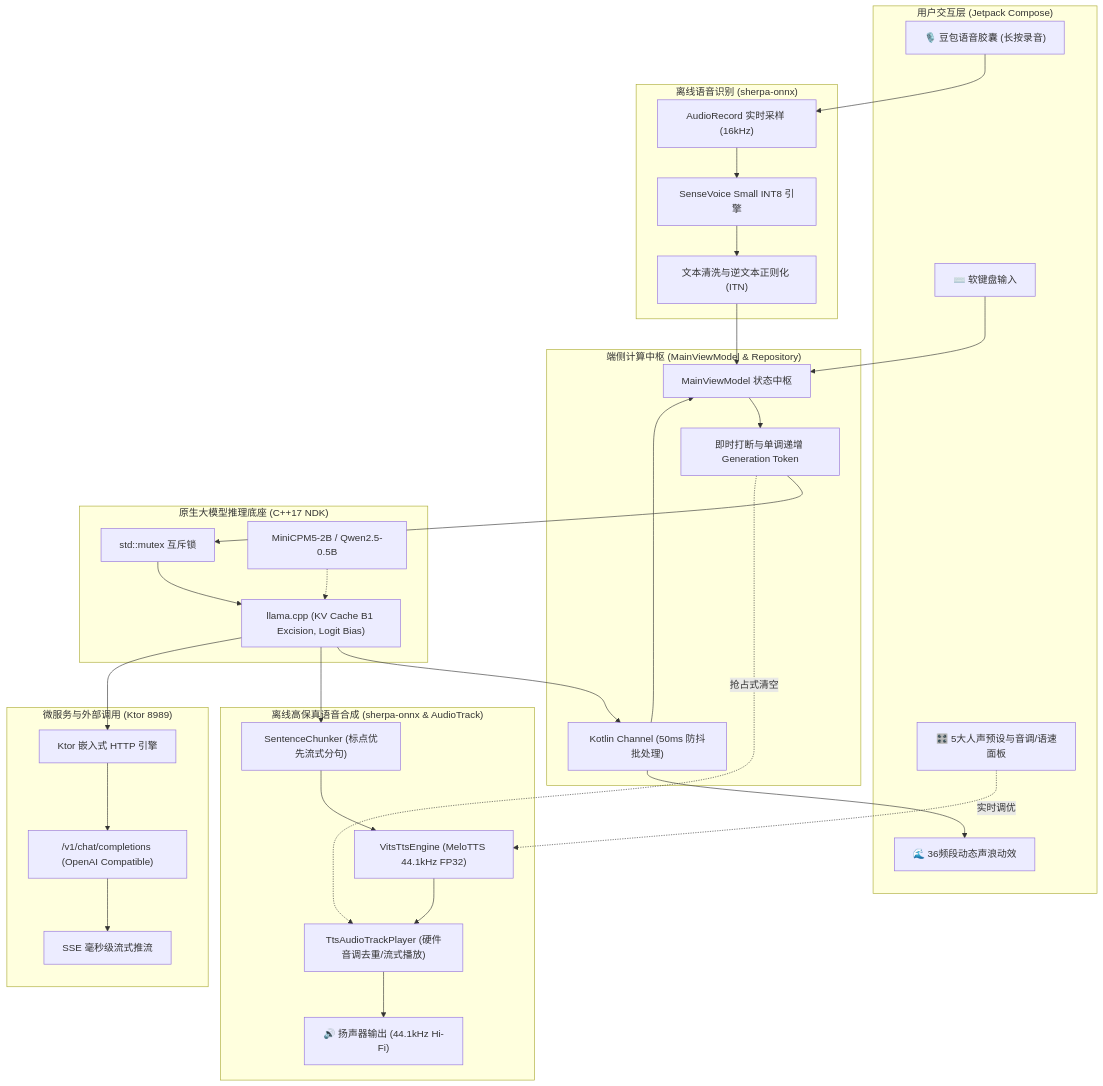
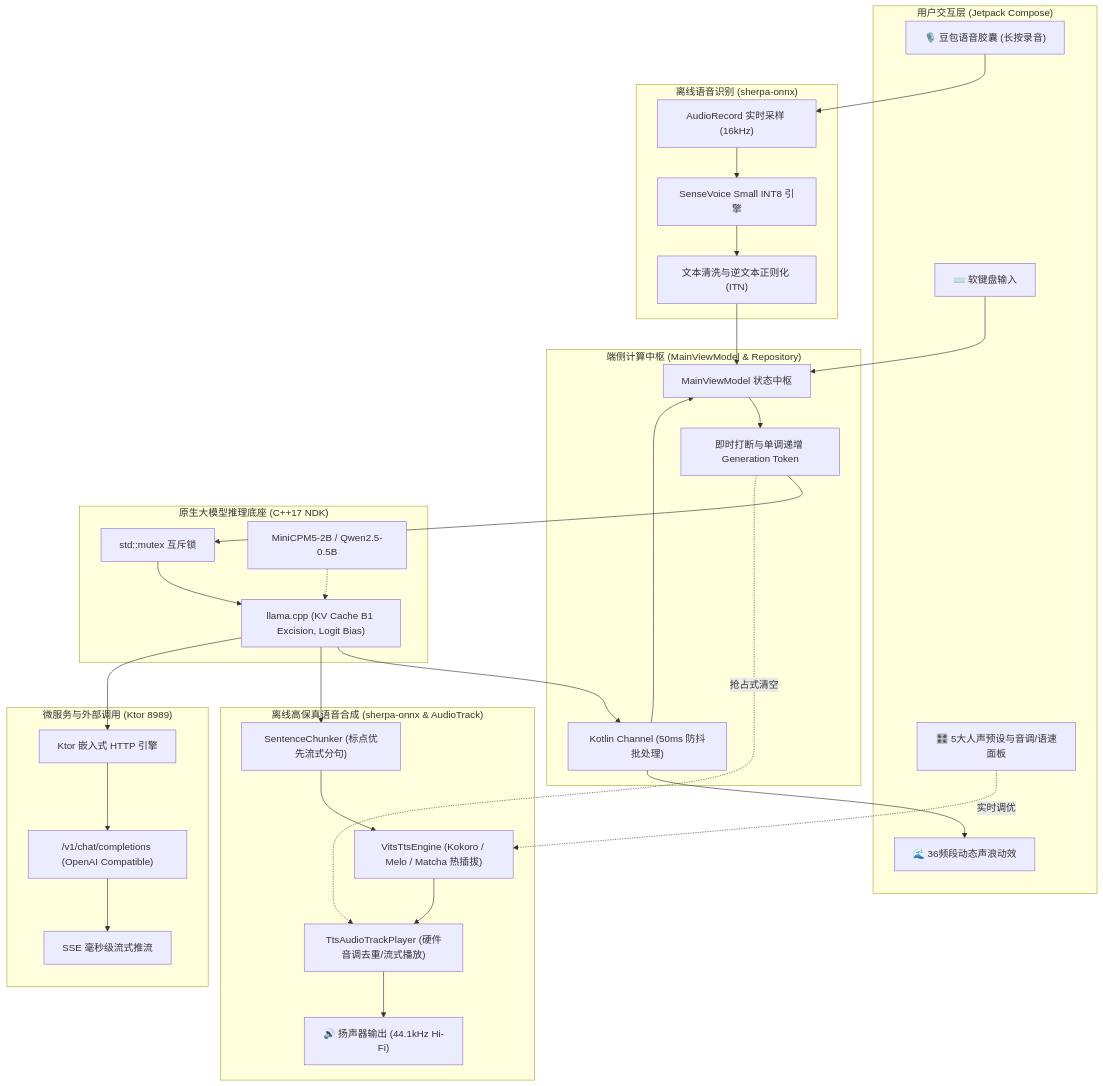
Before and after one commit to wuxinxi/sense-assistant: the diagram in README.md, drawn with Mermaid. The commit also changed other lines of this file and 8 other files, not shown here.

````diff
--- a/README.md
+++ b/README.md
@@ -70,50 +71,50 @@
 ```mermaid
 flowchart TD
     subgraph Input["用户交互层 (Jetpack Compose)"]
         UI_Voice["🎙️ 豆包语音胶囊 (长按录音)"]
         UI_Text["⌨️ 软键盘输入"]
         UI_Wave["🌊 36频段动态声浪动效"]
         UI_Tuning["🎛️ 5大人声预设与音调/语速面板"]
     end
 
     subgraph ASR["离线语音识别 (sherpa-onnx)"]
         ASR_Record["AudioRecord 实时采样 (16kHz)"]
         ASR_Engine["SenseVoice Small INT8 引擎"]
         ASR_Result["文本清洗与逆文本正则化 (ITN)"]
     end
 
     subgraph Core["端侧计算中枢 (MainViewModel & Repository)"]
         VM["MainViewModel 状态中枢"]
         Interrupt["即时打断与单调递增 Generation Token"]
         Channel["Kotlin Channel<String> (50ms 防抖批处理)"]
     end
 
     subgraph Native["原生大模型推理底座 (C++17 NDK)"]
         Mutex["std::mutex 互斥锁"]
         Llama["llama.cpp (KV Cache B1 Excision, Logit Bias)"]
         Qwen["MiniCPM5-2B / Qwen2.5-0.5B"]
     end
 
     subgraph TTS["离线高保真语音合成 (sherpa-onnx & AudioTrack)"]
         Chunker["SentenceChunker (标点优先流式分句)"]
-        VitsEngine["VitsTtsEngine (MeloTTS 44.1kHz FP32)"]
+        VitsEngine["VitsTtsEngine (Kokoro / Melo / Matcha 热插拔)"]
         TrackPlayer["TtsAudioTrackPlayer (硬件音调去重/流式播放)"]
         Speaker["🔊 扬声器输出 (44.1kHz Hi-Fi)"]
     end
 
     subgraph Service["微服务与外部调用 (Ktor 8989)"]
         Ktor["Ktor 嵌入式 HTTP 引擎"]
         OpenAI["/v1/chat/completions (OpenAI Compatible)"]
         SSE["SSE 毫秒级流式推流"]
     end
 
     UI_Voice --> ASR_Record --> ASR_Engine --> ASR_Result --> VM
     UI_Text --> VM
     UI_Tuning -. 实时调优 .-> VitsEngine
     VM --> Interrupt --> Mutex --> Llama
     Interrupt -. 抢占式清空 .-> TrackPlayer
     Qwen -.-> Llama
     Llama --> Channel --> UI_Wave & VM
     Llama --> Chunker --> VitsEngine --> TrackPlayer --> Speaker
     Llama --> Ktor --> OpenAI --> SSE
 ```
````
